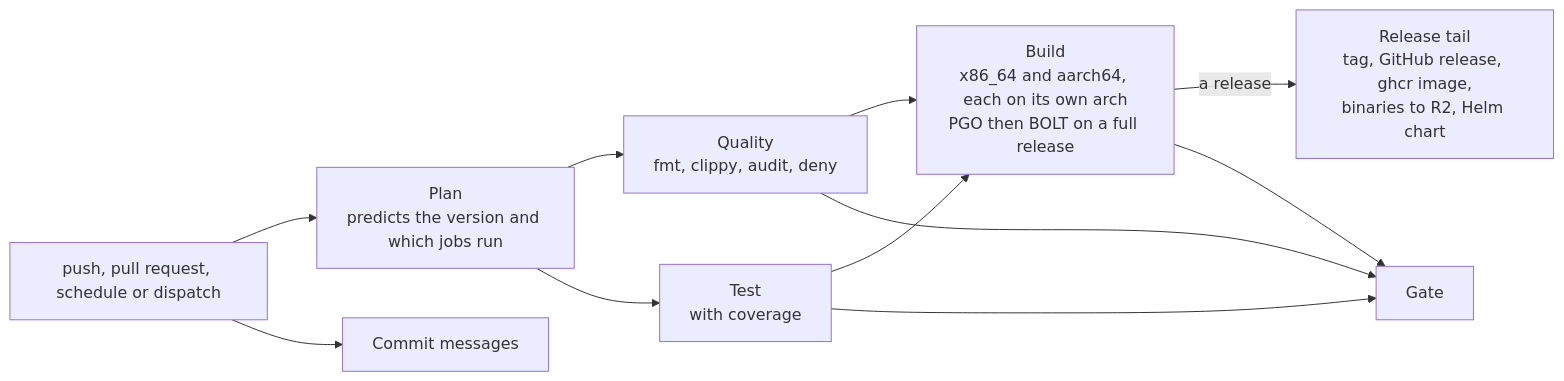
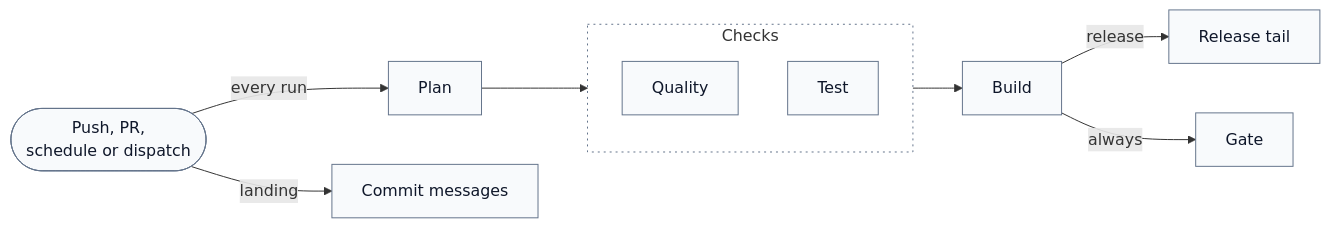
Before and after one commit to hyperi-io/dfe-archiver: the diagram in docs/design.md, drawn with Mermaid. The commit also changed other lines of this file and 15 other files, not shown here.

First line of the commit message:
docs(archiver): redraw diagrams and correct documentation

````diff
--- a/docs/design.md
+++ b/docs/design.md
@@ -34,13 +34,29 @@
 ```mermaid
 flowchart LR
-    E["push, pull request, schedule or dispatch"] --> P["Plan<br/>predicts the version and which jobs run"]
-    E --> CM["Commit messages"]
-    P --> Q["Quality<br/>fmt, clippy, audit, deny"]
-    P --> T["Test<br/>with coverage"]
-    Q --> B["Build<br/>x86_64 and aarch64, each on its own arch<br/>PGO then BOLT on a full release"]
-    T --> B
-    B -->|"a release"| RT["Release tail<br/>tag, GitHub release, ghcr image,<br/>binaries to R2, Helm chart"]
-    Q --> G["Gate"]
-    T --> G
-    B --> G
+    accTitle: L4 Detail -- CI pipeline
+    accDescr: Every trigger starts the plan, and a push to main, a pull request or the merge queue starts the commit message check. The plan starts quality and test, both feed the build, and the build feeds the release tail on a release and the gate on every run.
+
+    trigger(["Push, PR,<br/>schedule or dispatch"])
+    plan["Plan"]
+    commits["Commit messages"]
+
+    subgraph checks["Checks"]
+        quality["Quality"]
+        test["Test"]
+    end
+
+    build["Build"]
+    tail["Release tail"]
+    gate["Gate"]
+
+    trigger -->|every run| plan
+    trigger -->|landing| commits
+    plan --> checks
+    checks --> build
+    build -->|release| tail
+    build -->|always| gate
+
+    classDef default fill:#F8FAFC,stroke:#64748B,stroke-width:1px,color:#0F172A
+    classDef group fill:none,stroke:#64748B,stroke-width:1px,stroke-dasharray:2 4
+    class checks group
 ```
````
